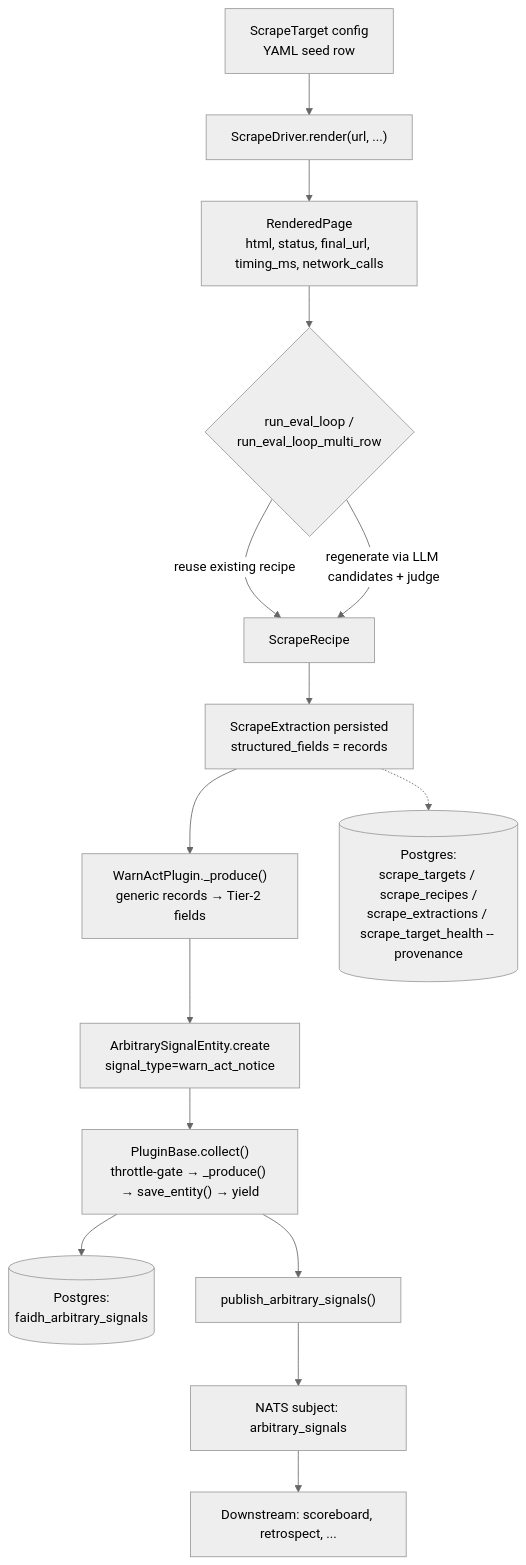
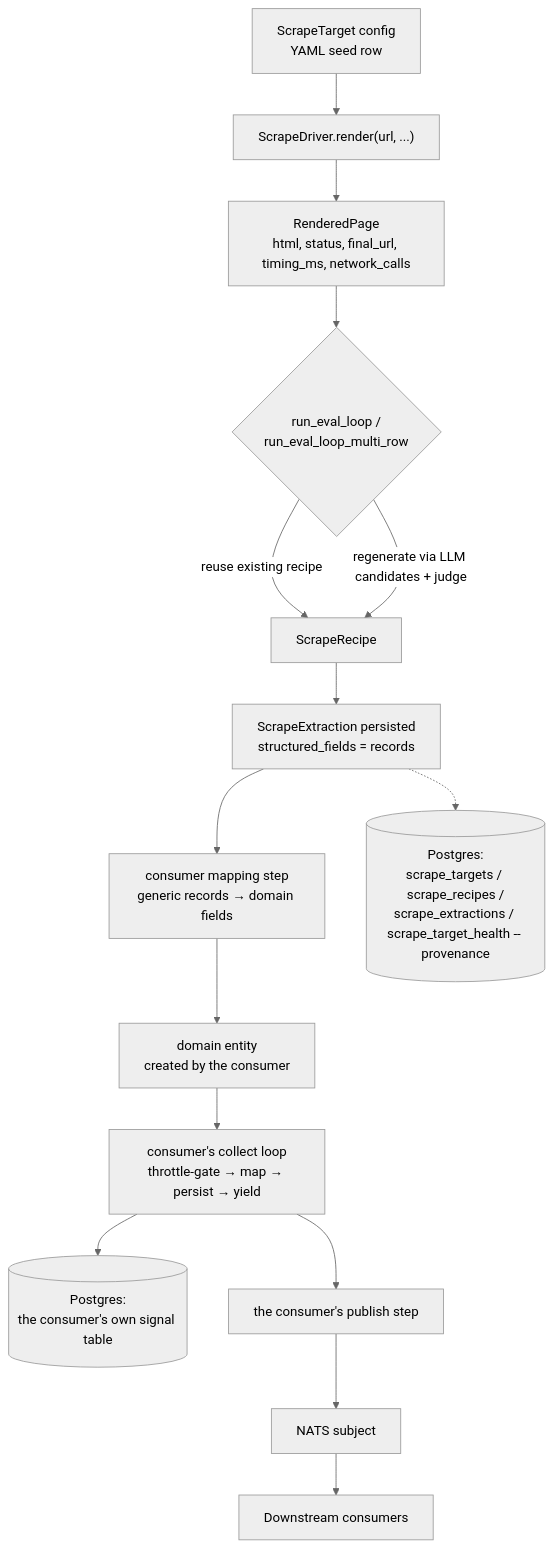
The first of 3 diagrams in packages/scrape/README.md (pacepace/3tears), drawn with Mermaid (neutral theme) before and after one commit. The commit also changed other lines of this file, not shown here.

First line of the commit message:
The scrape README stands on its own

````diff
--- a/packages/scrape/README.md
+++ b/packages/scrape/README.md
@@ -59,18 +65,18 @@
 ```mermaid
 flowchart TD
     A[ScrapeTarget config<br/>YAML seed row] --> B["ScrapeDriver.render(url, ...)"]
     B --> C[RenderedPage<br/>html, status, final_url, timing_ms, network_calls]
     C --> D{run_eval_loop /<br/>run_eval_loop_multi_row}
     D -->|reuse existing recipe| E[ScrapeRecipe]
     D -->|regenerate via LLM candidates + judge| E
     E --> F[ScrapeExtraction persisted<br/>structured_fields = records]
-    F --> G["WarnActPlugin._produce()<br/>generic records → Tier-2 fields"]
-    G --> H[ArbitrarySignalEntity.create<br/>signal_type=warn_act_notice]
-    H --> I["PluginBase.collect()<br/>throttle-gate → _produce() → save_entity() → yield"]
-    I --> J[(Postgres:<br/>faidh_arbitrary_signals)]
-    I --> K["publish_arbitrary_signals()"]
-    K --> L[NATS subject: arbitrary_signals]
-    L --> M[Downstream: scoreboard, retrospect, ...]
+    F --> G["consumer mapping step<br/>generic records → domain fields"]
+    G --> H[domain entity<br/>created by the consumer]
+    H --> I["consumer's collect loop<br/>throttle-gate → map → persist → yield"]
+    I --> J[(Postgres:<br/>the consumer's own signal table)]
+    I --> K["the consumer's publish step"]
+    K --> L[NATS subject]
+    L --> M[Downstream consumers]
 
     F -.-> N[(Postgres:<br/>scrape_targets / scrape_recipes /<br/>scrape_extractions / scrape_target_health -- provenance)]
 ```
````
